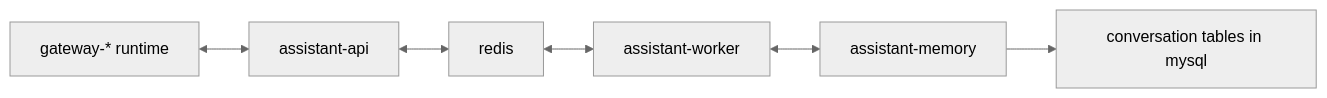
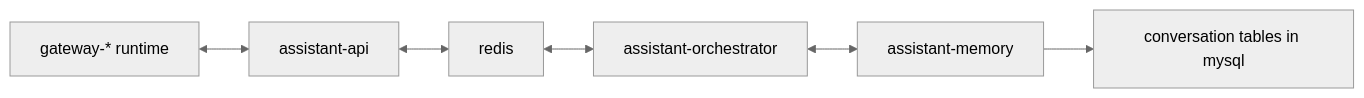
One commit to vinitu/my-concierge changed the first of 2 diagrams in docs/architecture/conversation.md. Above: the diagram before and after it, drawn with Mermaid (neutral theme). The commit also changed other lines of this file and 195 other files, not shown here.

First line of the commit message:
refactor: update application modules and remove assistant-worker

````diff
--- a/docs/architecture/conversation.md
+++ b/docs/architecture/conversation.md
@@ -22,8 +22,8 @@
 ```mermaid
 flowchart LR
     Gateway["gateway-* runtime"] <--> API["assistant-api"]
     API <--> Queue["redis"]
-    Queue <--> Worker["assistant-worker"]
+    Queue <--> Worker["assistant-orchestrator"]
     Worker <--> Memory["assistant-memory"]
     Memory --> Conv["conversation tables in mysql"]
 ```
````
